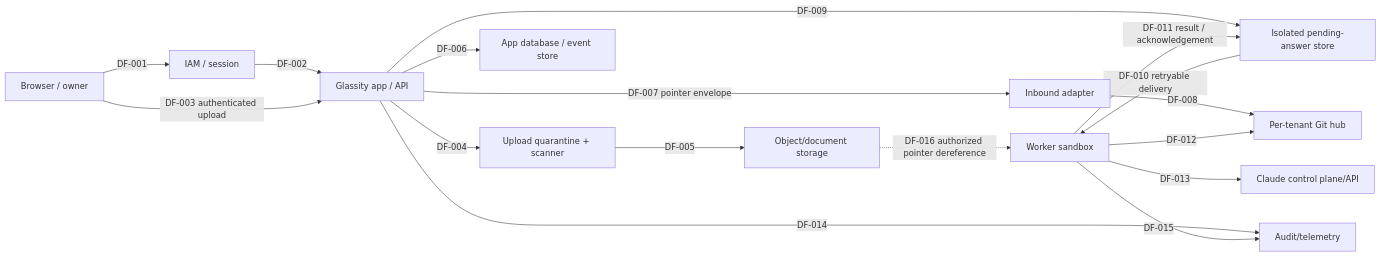
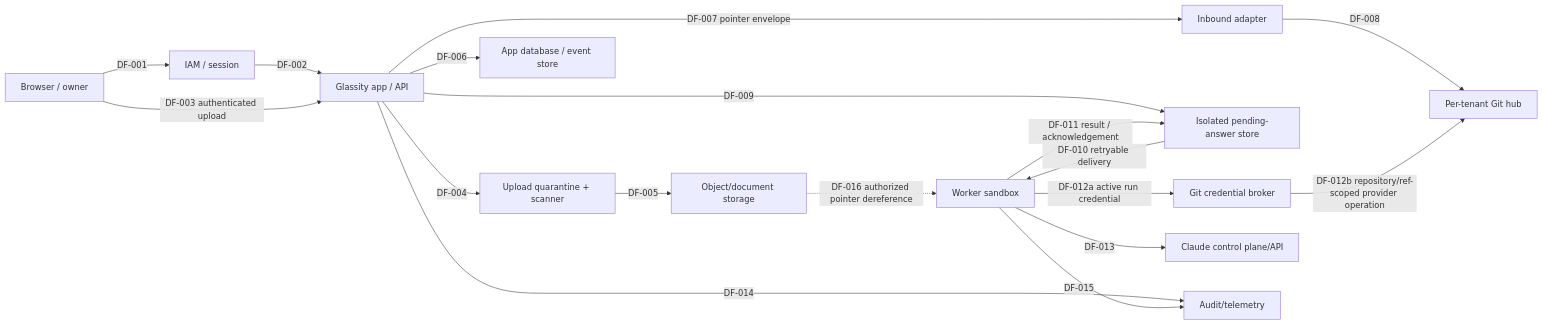
Before and after one commit to jernestosuarez/km_standard_personal: the diagram in glassity/security/threat-model.md, drawn with Mermaid. The commit also changed other lines of this file and 2 other files, not shown here.

Commit message:
security: resolve AD-004 credential lifecycle design

````diff
--- a/glassity/security/threat-model.md
+++ b/glassity/security/threat-model.md
@@ -59,19 +60,20 @@
 ```mermaid
 flowchart LR
   B[Browser / owner] -->|DF-001| I[IAM / session]
   I -->|DF-002| A[Glassity app / API]
   B -->|DF-003 authenticated upload| A
   A -->|DF-004| Q[Upload quarantine + scanner]
   Q -->|DF-005| O[Object/document storage]
   A -->|DF-006| D[App database / event store]
   A -->|DF-007 pointer envelope| N[Inbound adapter]
   N -->|DF-008| G[Per-tenant Git hub]
   A -->|DF-009| P[Isolated pending-answer store]
   P -->|DF-010 retryable delivery| W[Worker sandbox]
   W -->|DF-011 result / acknowledgement| P
-  W -->|DF-012| G
+  W -->|DF-012a active run credential| R[Git credential broker]
+  R -->|DF-012b repository/ref-scoped provider operation| G
   W -->|DF-013| C[Claude control plane/API]
   A -->|DF-014| T[Audit/telemetry]
   W -->|DF-015| T
   O -. DF-016 authorized pointer dereference .-> W
 ```
````
